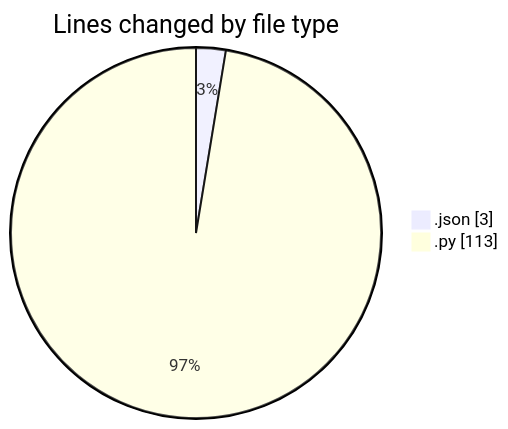
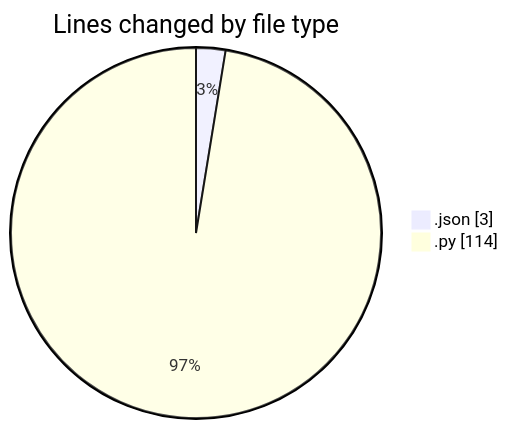
The first of 2 diagrams in 2025-10-08/untitled__workspace_/README.md (MatusMokan/code-tracking), drawn with Mermaid before and after one commit. The commit also changed other lines of this file and 1 other file, not shown here.

````diff
--- a/2025-10-08/untitled__workspace_/README.md
+++ b/2025-10-08/untitled__workspace_/README.md
@@ -21,6 +21,6 @@
 ```mermaid
 pie showData
 title Lines changed by file type
 ".json" : 3
-".py" : 113
+".py" : 114
 ```
````
